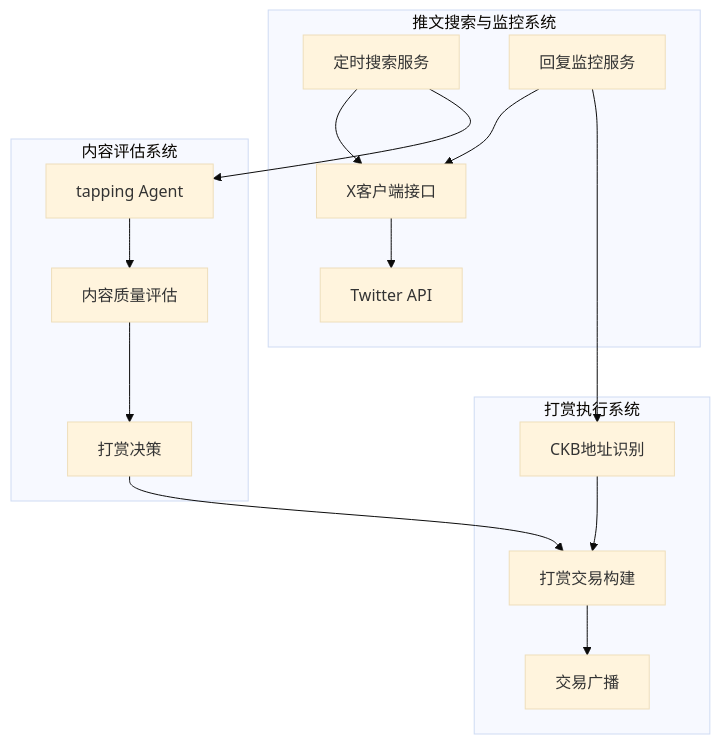
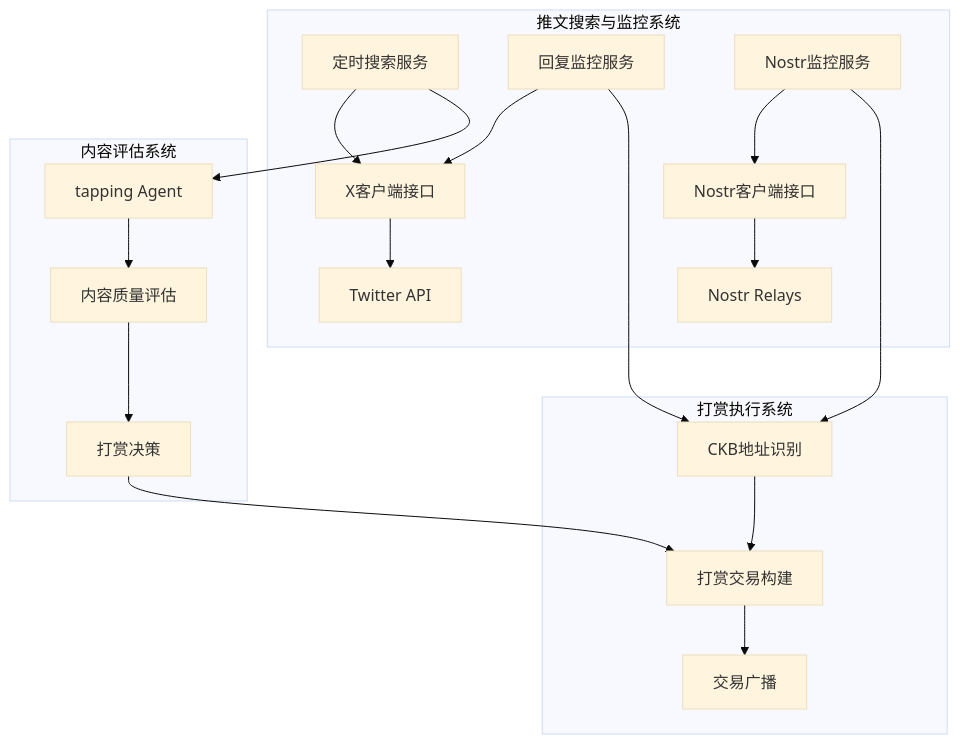
Before and after one commit to D-lyw/tipping-agent: the first of 3 diagrams in README.md, drawn with Mermaid (base theme). The commit also changed other lines of this file and 22 other files, not shown here.

````diff
--- a/README.md
+++ b/README.md
@@ -35,22 +36,25 @@
 ```mermaid
 graph TD
     subgraph "推文搜索与监控系统"
         A[定时搜索服务] --> B[X客户端接口]
         C[回复监控服务] --> B
-        B --> D[Twitter API]
+        D[Nostr监控服务] --> E[Nostr客户端接口]
+        B --> F[Twitter API]
+        E --> G[Nostr Relays]
     end
     
     subgraph "内容评估系统"
-        E[tapping Agent] --> F[内容质量评估]
-        F --> G[打赏决策]
+        H[tapping Agent] --> I[内容质量评估]
+        I --> J[打赏决策]
     end
     
     subgraph "打赏执行系统"
-        H[CKB地址识别] --> I[打赏交易构建]
-        I --> J[交易广播]
+        K[CKB地址识别] --> L[打赏交易构建]
+        L --> M[交易广播]
     end
     
-    A --> E
-    C --> H
-    G --> I
+    A --> H
+    C --> K
+    D --> K
+    J --> L
 ```
````
